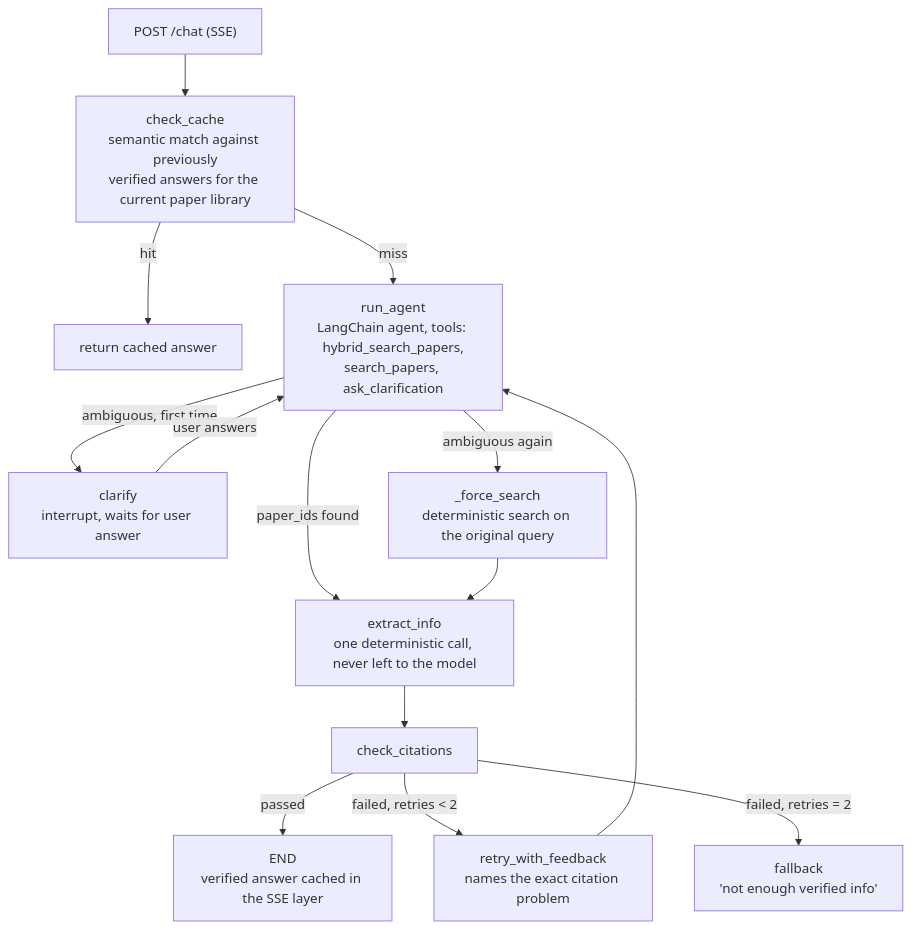
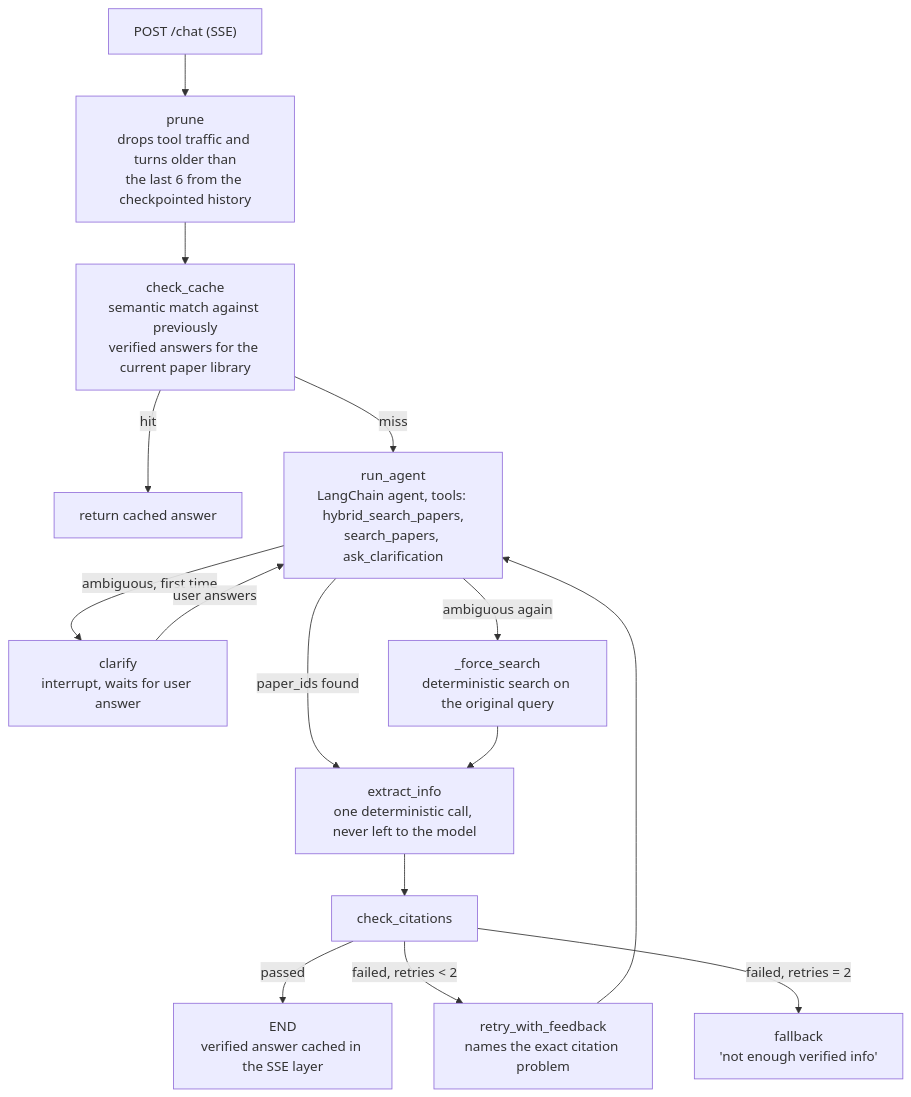
One commit to AnuradhaBhanout/Footnote changed the diagram in README.md. Above: the diagram before and after it, drawn with Mermaid. The commit also changed other lines of this file, not shown here.

````diff
--- a/README.md
+++ b/README.md
@@ -18,16 +18,17 @@
 ```mermaid
 flowchart TD
-    A["POST /chat (SSE)"] --> B["check_cache<br/>semantic match against previously<br/>verified answers for the current paper library"]
+    A["POST /chat (SSE)"] --> P["prune<br/>drops tool traffic and turns older than<br/>the last 6 from the checkpointed history"]
+    P --> B["check_cache<br/>semantic match against previously<br/>verified answers for the current paper library"]
     B -- hit --> C[return cached answer]
     B -- miss --> D["run_agent<br/>LangChain agent, tools: hybrid_search_papers,<br/>search_papers, ask_clarification"]
     D -- "ambiguous, first time" --> E["clarify<br/>interrupt, waits for user answer"]
     D -- "ambiguous again" --> K["_force_search<br/>deterministic search on the original query"]
     D -- paper_ids found --> F["extract_info<br/>one deterministic call, never left to the model"]
     E -- user answers --> D
     K --> F
     F --> G[check_citations]
     G -- passed --> H["END<br/>verified answer cached in the SSE layer"]
     G -- "failed, retries < 2" --> I["retry_with_feedback<br/>names the exact citation problem"]
     G -- "failed, retries = 2" --> J["fallback<br/>'not enough verified info'"]
     I --> D
 ```
````
